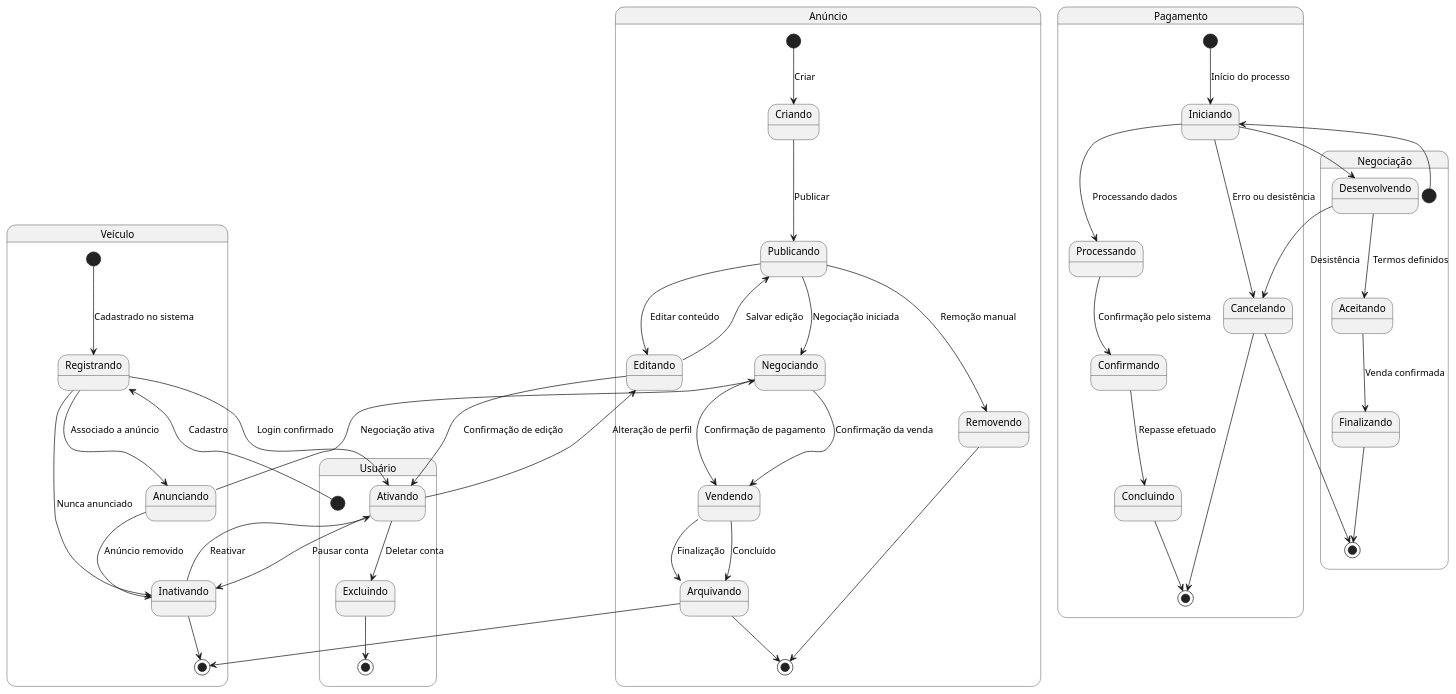
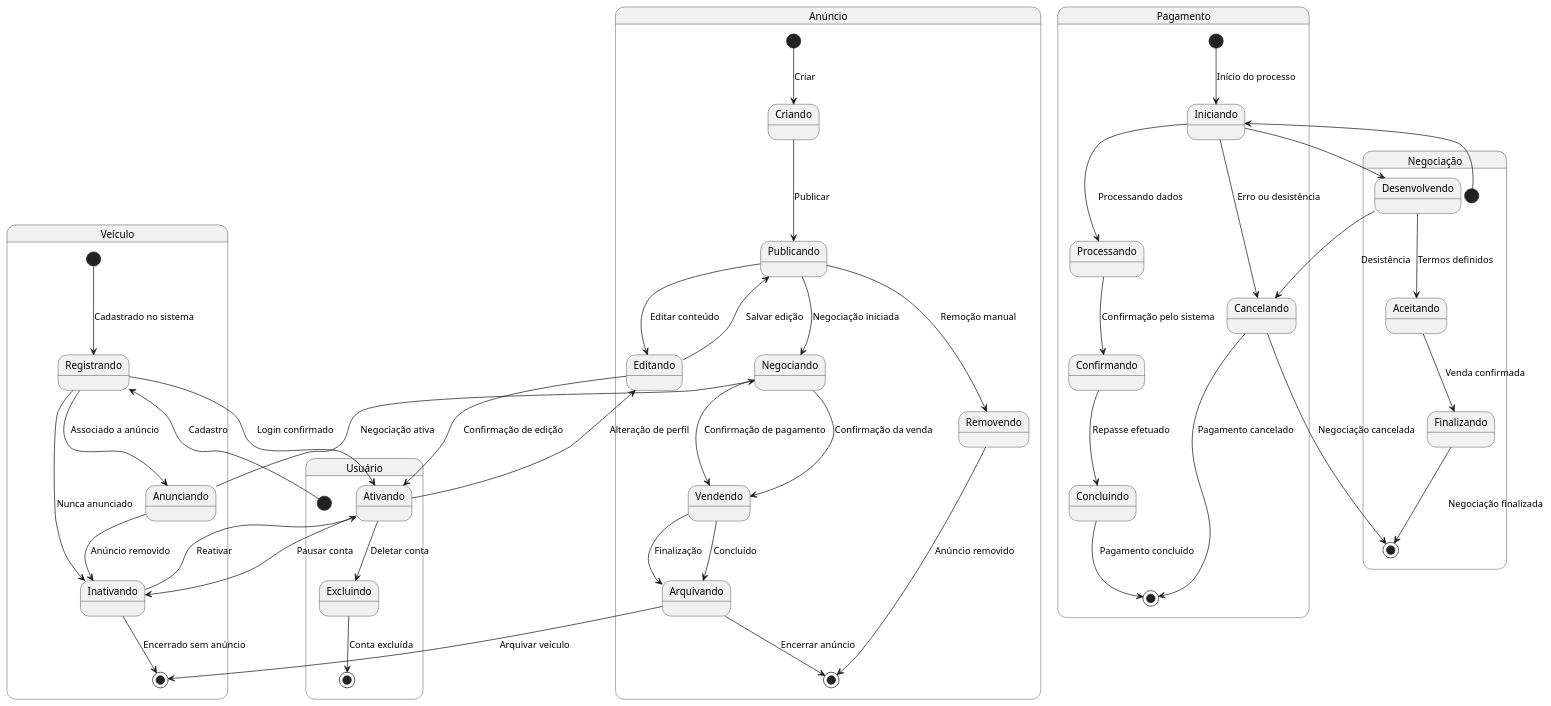
One commit to guilhermeoliveirateo/sistema-compra-venda-veiculos changed the diagram in diagrama_transicao_estado.md. Above: the diagram before and after it, drawn with PlantUML.

````diff
--- a/diagrama_transicao_estado.md
+++ b/diagrama_transicao_estado.md
@@ -10,64 +9,65 @@
 ```plantuml
 @startuml
 
 state "Anúncio" as Anuncio {
   [*] --> Criando : Criar
   Criando --> Publicando : Publicar
   Publicando --> Negociando : Negociação iniciada
   Negociando --> Vendendo : Confirmação de pagamento
   Vendendo --> Arquivando : Finalização
-  Arquivando --> [*]
+  Arquivando --> [*] : Encerrar anúncio
 
   Publicando --> Editando : Editar conteúdo
   Editando --> Publicando : Salvar edição
   Publicando --> Removendo : Remoção manual
-  Removendo --> [*]
+  Removendo --> [*] : Anúncio removido
 }
 
 state "Veículo" as Veiculo {
   [*] --> Registrando : Cadastrado no sistema
   Registrando --> Anunciando : Associado a anúncio
   Anunciando --> Negociando : Negociação ativa
   Negociando --> Vendendo : Confirmação da venda
   Vendendo --> Arquivando : Concluído
-  Arquivando --> [*]
+  Arquivando --> [*] : Arquivar veículo
 
   Registrando --> Inativando : Nunca anunciado
-  Inativando --> [*]
+  Inativando --> [*] : Encerrado sem anúncio
   Anunciando --> Inativando : Anúncio removido
 }
 
 state "Usuário" as Usuario {
   [*] --> Registrando : Cadastro
   Registrando --> Ativando : Login confirmado
   Ativando --> Editando : Alteração de perfil
   Editando --> Ativando : Confirmação de edição
   Ativando --> Inativando : Pausar conta
   Inativando --> Ativando : Reativar
   Ativando --> Excluindo : Deletar conta
-  Excluindo --> [*]
+  Excluindo --> [*] : Conta excluída
 }
 
 state "Pagamento" as Pagamento {
   [*] --> Iniciando : Início do processo
   Iniciando --> Processando : Processando dados
   Processando --> Confirmando : Confirmação pelo sistema
   Confirmando --> Concluindo : Repasse efetuado
-  Concluindo --> [*]
+  Concluindo --> [*] : Pagamento concluído
 
   Iniciando --> Cancelando : Erro ou desistência
-  Cancelando --> [*]
+  Cancelando --> [*] : Pagamento cancelado
 }
 
 state "Negociação" as Negociacao {
   [*] --> Iniciando : Contato inicial
   Iniciando --> Desenvolvendo : Envio de mensagens
   Desenvolvendo --> Aceitando : Termos definidos
   Aceitando --> Finalizando : Venda confirmada
-  Finalizando --> [*]
+  Finalizando --> [*] : Negociação finalizada
 
   Desenvolvendo --> Cancelando : Desistência
-  Cancelando --> [*]
+  Cancelando --> [*] : Negociação cancelada
 }
+
 @enduml
 ```
````
